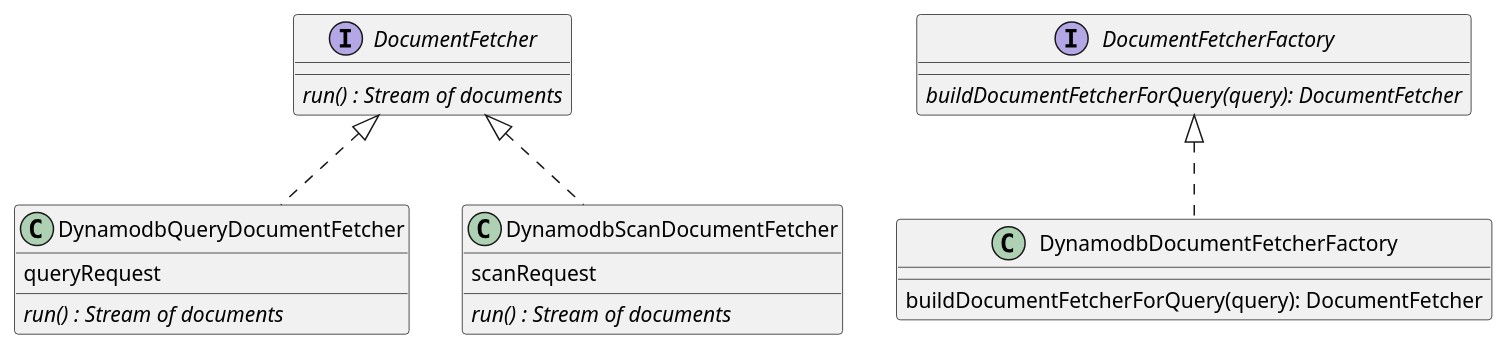
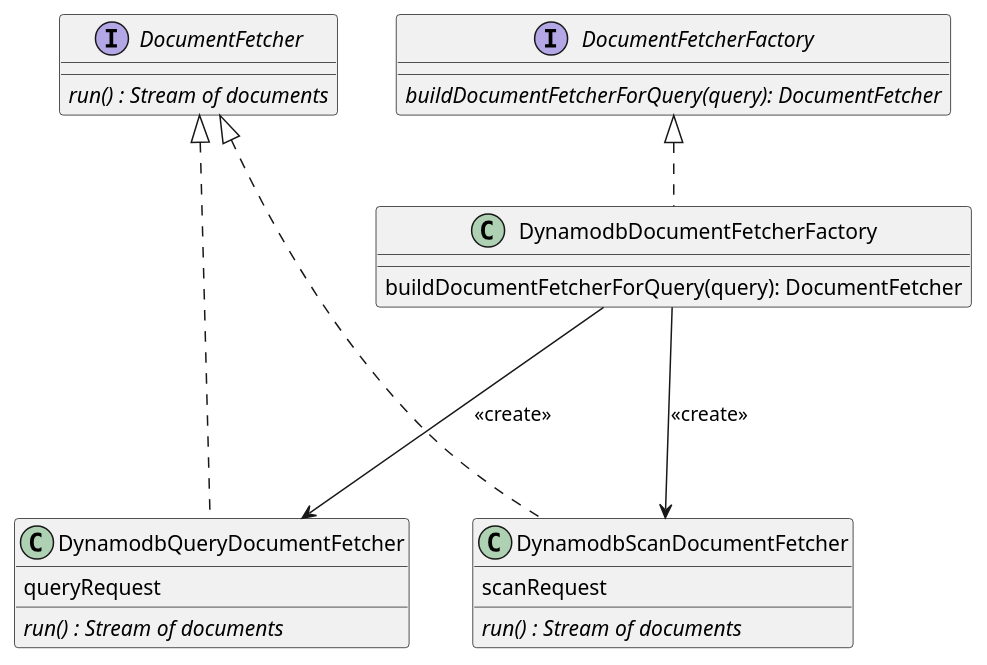
The diagram in doc/diagrams/documentFetcher.puml (exasol/dynamodb-virtual-schema), drawn with PlantUML before and after one commit. The commit also changed 1 other file, not shown here.

Commit message:
updated diagram

```diff
--- a/doc/diagrams/documentFetcher.puml
+++ b/doc/diagrams/documentFetcher.puml
@@ -1,28 +1,30 @@
 @startuml
 
 interface DocumentFetcher{
 {abstract} run() : Stream of documents
 }
 
 interface DocumentFetcherFactory{
 {abstract} buildDocumentFetcherForQuery(query): DocumentFetcher
 }
 
 class DynamodbQueryDocumentFetcher{
 queryRequest
 {abstract} run() : Stream of documents
 }
 
 class DynamodbScanDocumentFetcher{
 scanRequest
 {abstract} run() : Stream of documents
 }
 
 class DynamodbDocumentFetcherFactory{
 buildDocumentFetcherForQuery(query): DocumentFetcher
 }
-DocumentFetcher <|.. DynamodbQueryDocumentFetcher
-DocumentFetcher <|.. DynamodbScanDocumentFetcher
+DocumentFetcher <|.... DynamodbQueryDocumentFetcher
+DocumentFetcher <|.... DynamodbScanDocumentFetcher
 DocumentFetcherFactory <|.. DynamodbDocumentFetcherFactory
+DynamodbDocumentFetcherFactory ---> DynamodbQueryDocumentFetcher: <<create>>
+DynamodbDocumentFetcherFactory ---> DynamodbScanDocumentFetcher: <<create>>
 
 @enduml
```
